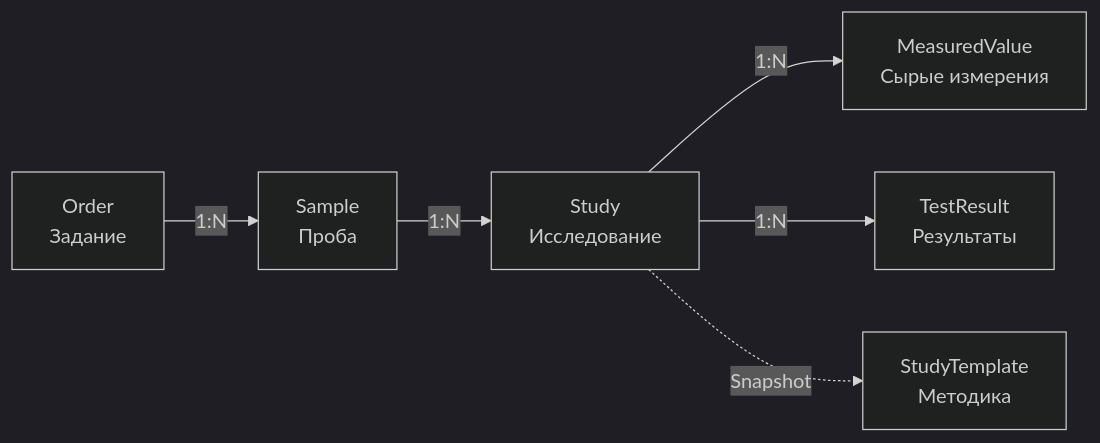
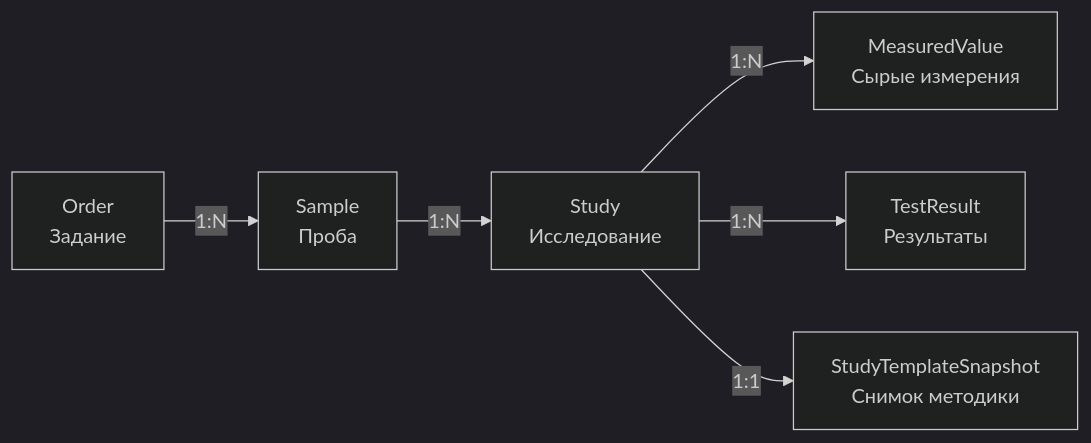
One commit to SaintEfim/LIMS.DDD changed the fifth of 7 diagrams in README.md. Above: the diagram before and after it, drawn with Mermaid (dark theme). The commit also changed other lines of this file and 70 other files, not shown here.

````diff
--- a/README.md
+++ b/README.md
@@ -90,8 +385,10 @@
 ```mermaid
 flowchart LR
     A[Order<br/>Задание] -->|1:N| B[Sample<br/>Проба]
     B -->|1:N| C[Study<br/>Исследование]
+
     C -->|1:N| D[MeasuredValue<br/>Сырые измерения]
     C -->|1:N| E[TestResult<br/>Результаты]
-    C -.->|Snapshot| F[StudyTemplate<br/>Методика]
+
+    C -->|1:1| S[StudyTemplateSnapshot<br/>Снимок методики]
 ```
````
